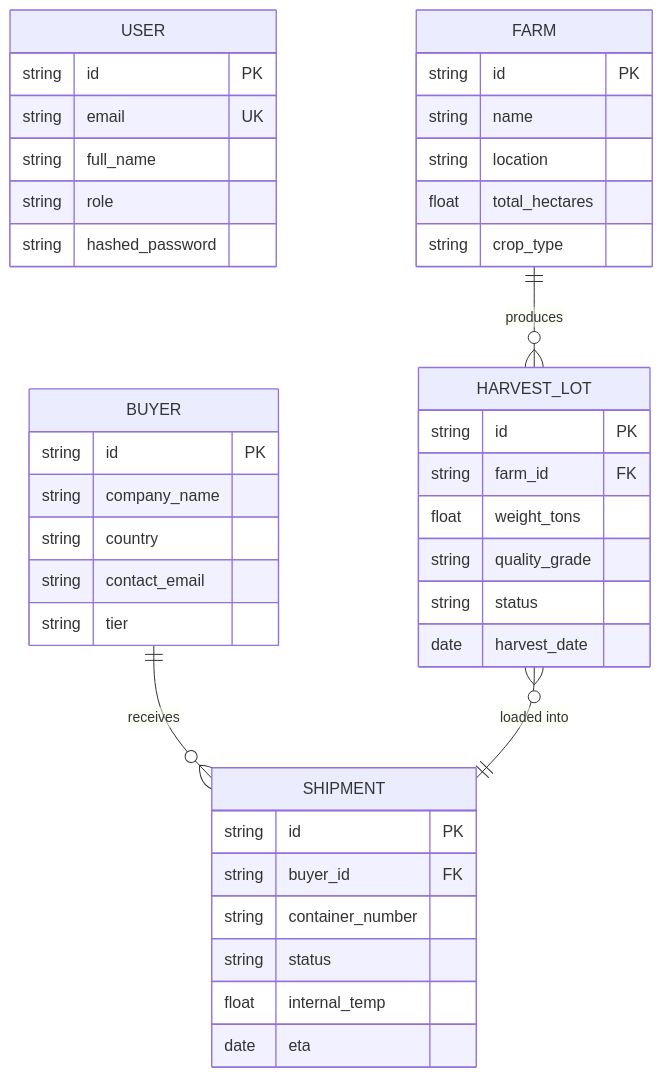
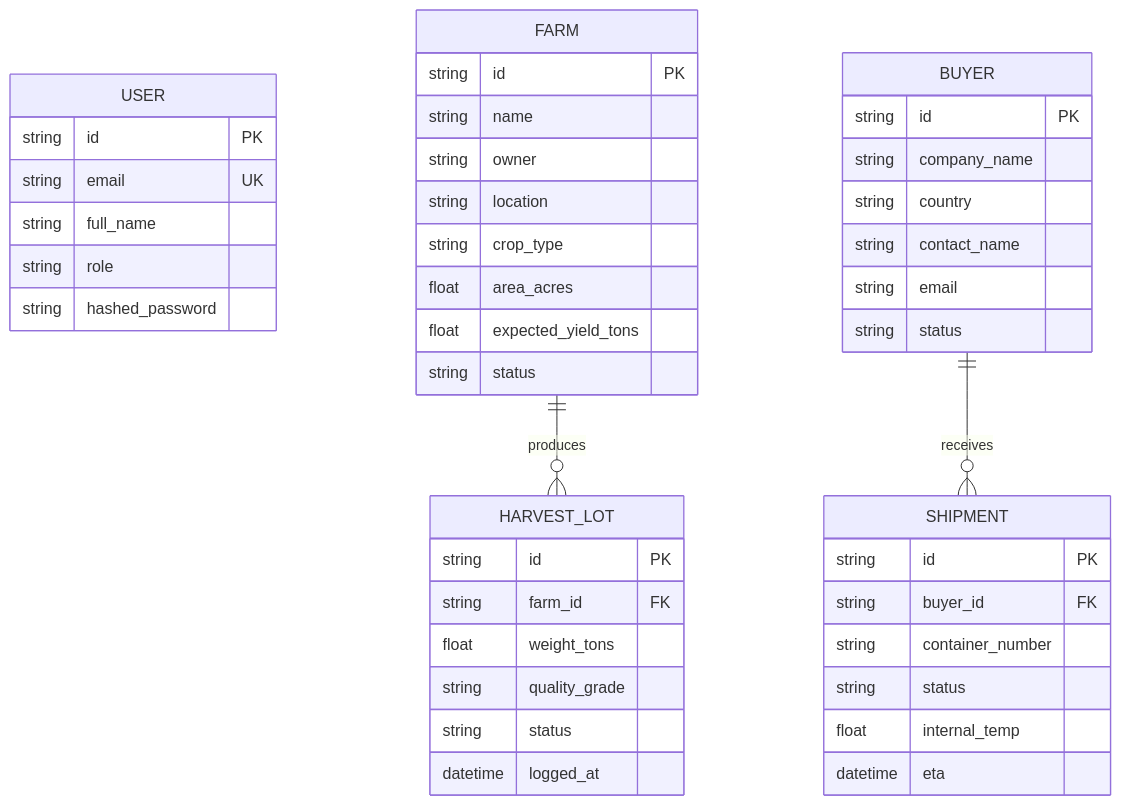
The third of 5 diagrams in README.md (omrajput14/agriflow), drawn with Mermaid before and after one commit. The commit also changed other lines of this file and 1 other file, not shown here.

````diff
--- a/README.md
+++ b/README.md
@@ -237,48 +258,51 @@
 ```mermaid
 erDiagram
     USER {
         string id PK
         string email UK
         string full_name
         string role
         string hashed_password
     }
 
     FARM {
         string id PK
         string name
+        string owner
         string location
-        float total_hectares
         string crop_type
+        float area_acres
+        float expected_yield_tons
+        string status
     }
 
     HARVEST_LOT {
         string id PK
         string farm_id FK
         float weight_tons
         string quality_grade
         string status
-        date harvest_date
+        datetime logged_at
     }
 
     BUYER {
         string id PK
         string company_name
         string country
-        string contact_email
-        string tier
+        string contact_name
+        string email
+        string status
     }
 
     SHIPMENT {
         string id PK
         string buyer_id FK
         string container_number
         string status
         float internal_temp
-        date eta
+        datetime eta
     }
 
     FARM ||--o{ HARVEST_LOT : "produces"
     BUYER ||--o{ SHIPMENT : "receives"
-    HARVEST_LOT }o--|| SHIPMENT : "loaded into"
 ```
````
